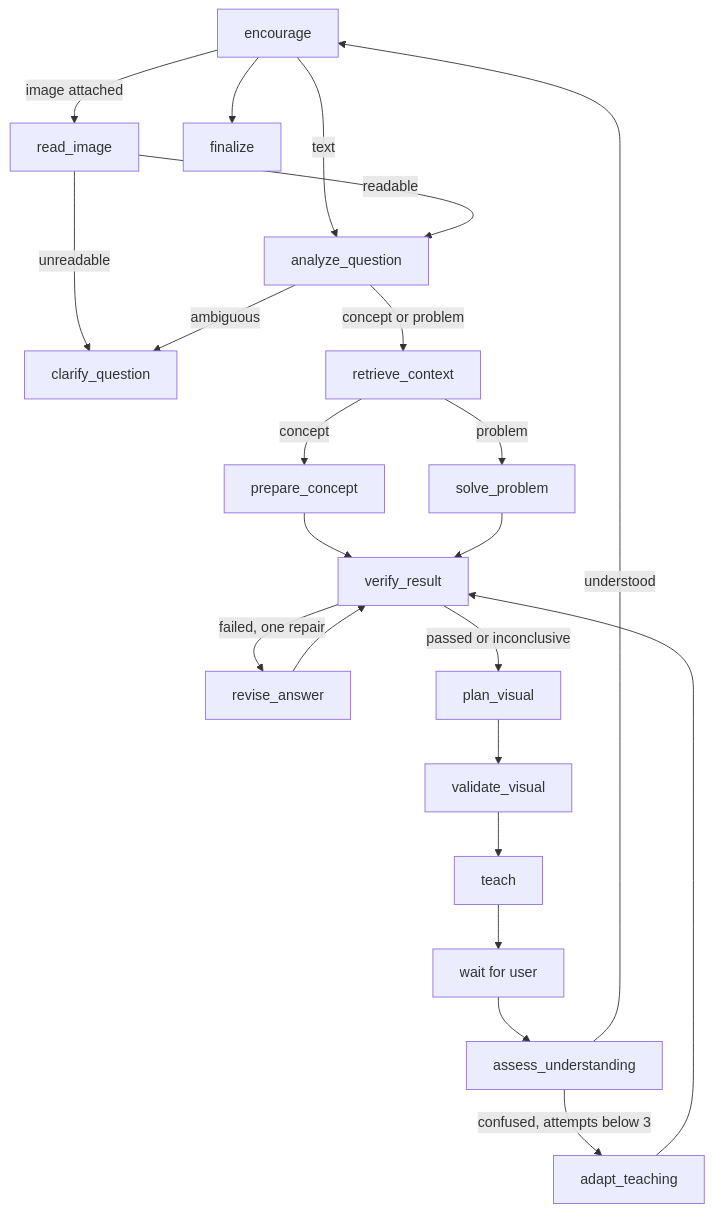
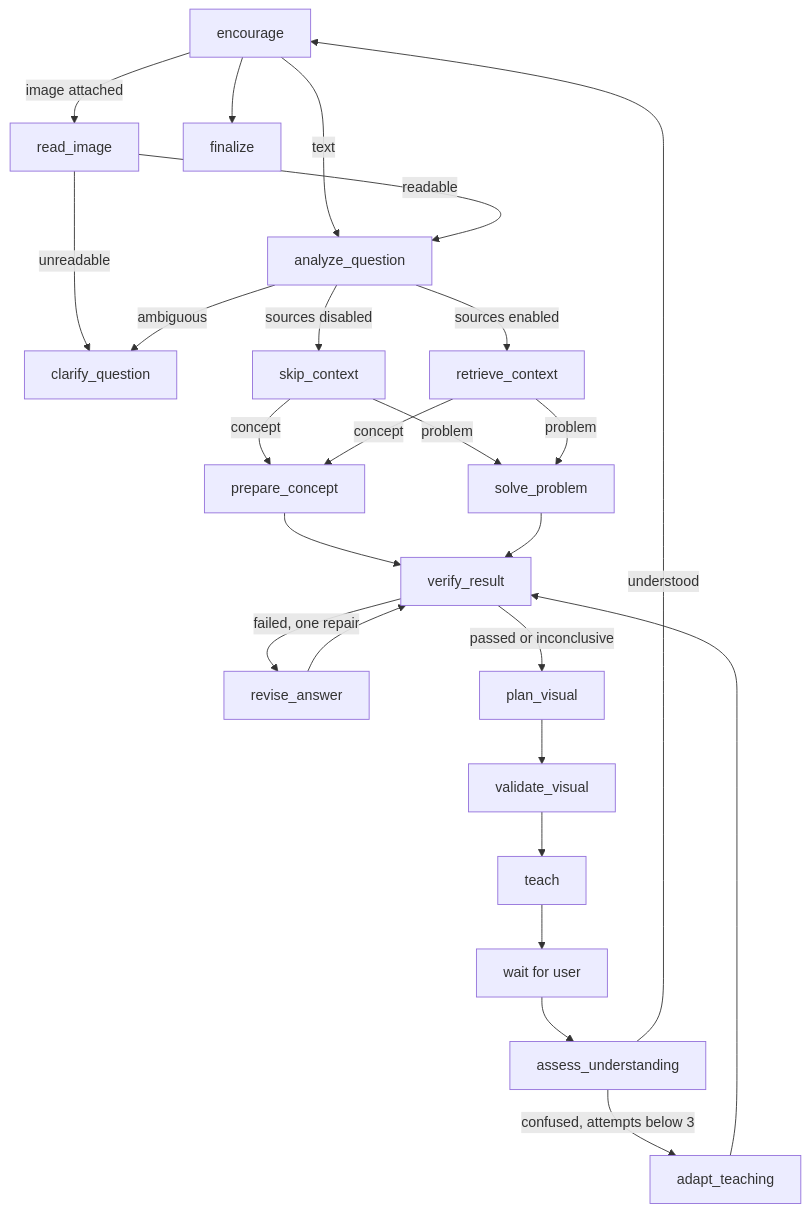
One commit to Alikavoosi21/LearnIT changed the diagram in README.md. Above: the diagram before and after it, drawn with Mermaid. The commit also changed other lines of this file and 51 other files, not shown here.

````diff
--- a/README.md
+++ b/README.md
@@ -57,24 +62,27 @@
 ```mermaid
 flowchart TD
   E[entry] -->|image attached| I[read_image]
   E -->|text| A
   I -->|readable| A
   I -->|unreadable| Q
-  A[analyze_question] -->|concept or problem| K[retrieve_context]
+  A[analyze_question] -->|sources enabled| K[retrieve_context]
+  A -->|sources disabled| N[skip_context]
+  N -->|concept| C
+  N -->|problem| S
   K -->|concept| C[prepare_concept]
   K -->|problem| S[solve_problem]
   A -->|ambiguous| Q[clarify_question]
   C --> V[verify_result]
   S --> V
   V -->|failed, one repair| R[revise_answer]
   R --> V
   V -->|passed or inconclusive| P[plan_visual]
   P --> D[validate_visual]
   D --> T[teach]
   T --> W[wait for user]
   W --> U[assess_understanding]
   U -->|confused, attempts below 3| B[adapt_teaching]
   B --> V
   U -->|understood| E[encourage]
   E --> F[finalize]
 ```
````
